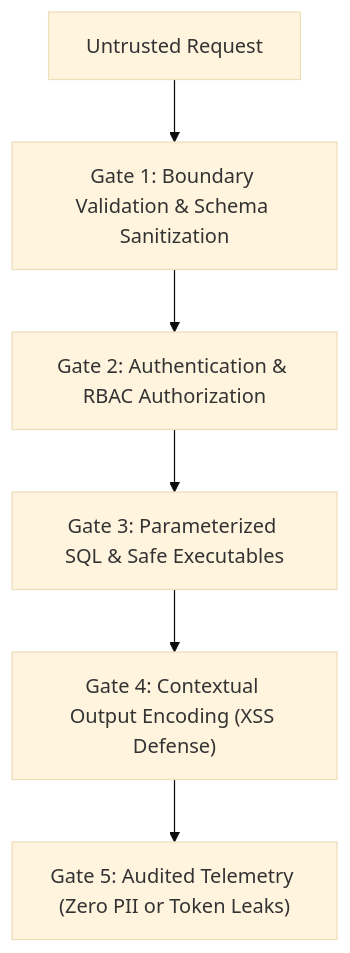
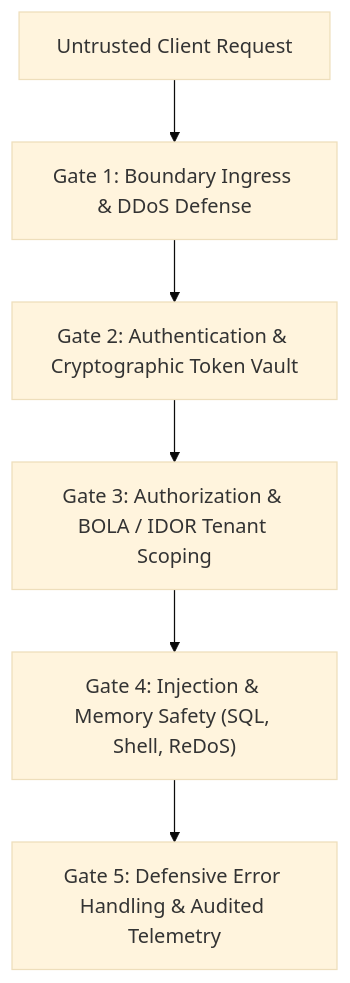
One commit to darknecrocities/SkillBuilder changed the diagram in skills/security/SKILL.md. Above: the diagram before and after it, drawn with Mermaid (base theme). The commit also changed other lines of this file and 7 other files, not shown here.

````diff
--- a/skills/security/SKILL.md
+++ b/skills/security/SKILL.md
@@ -16,8 +16,8 @@
 ```mermaid
 flowchart TD
-    A["Untrusted Request"] --> B["Gate 1: Boundary Validation & Schema Sanitization"]
-    B --> C["Gate 2: Authentication & RBAC Authorization"]
-    C --> D["Gate 3: Parameterized SQL & Safe Executables"]
-    D --> E["Gate 4: Contextual Output Encoding (XSS Defense)"]
-    E --> F["Gate 5: Audited Telemetry (Zero PII or Token Leaks)"]
+    A["Untrusted Client Request"] --> B["Gate 1: Boundary Ingress & DDoS Defense"]
+    B --> C["Gate 2: Authentication & Cryptographic Token Vault"]
+    C --> D["Gate 3: Authorization & BOLA / IDOR Tenant Scoping"]
+    D --> E["Gate 4: Injection & Memory Safety (SQL, Shell, ReDoS)"]
+    E --> F["Gate 5: Defensive Error Handling & Audited Telemetry"]
 ```
````
